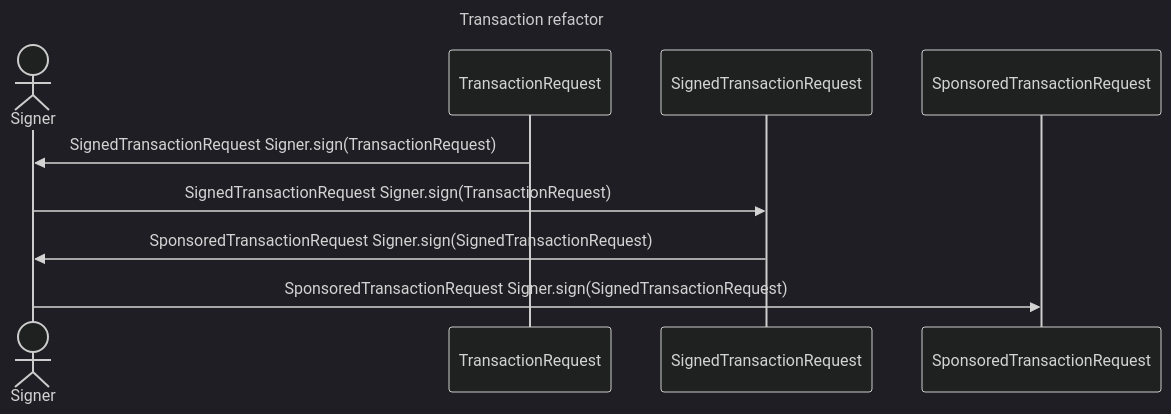
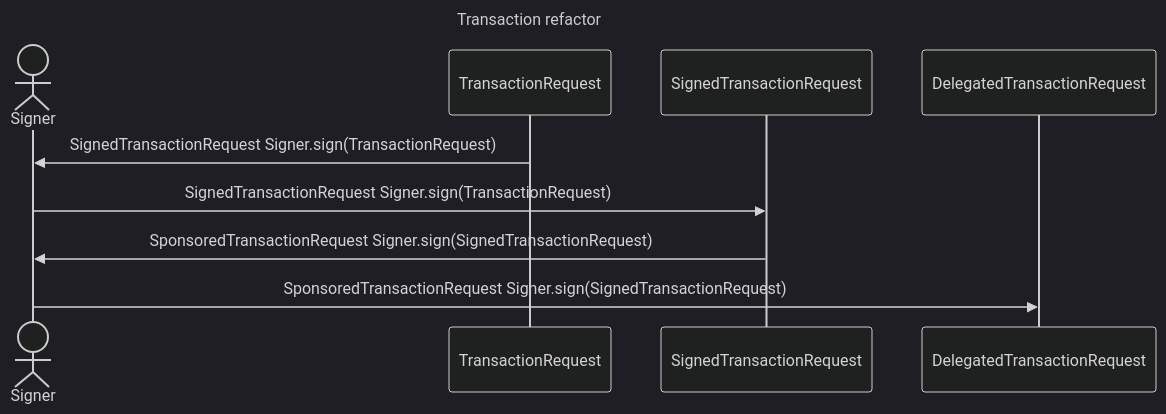
Before and after one commit to vechain/vechain-sdk-js: the diagram in docs/thorest/thor/model/refactor_sd.mmd, drawn with Mermaid (dark theme). The commit also changed 6 other files, not shown here.

```diff
--- a/docs/thorest/thor/model/refactor_sd.mmd
+++ b/docs/thorest/thor/model/refactor_sd.mmd
@@ -1,12 +1,12 @@
 ---
 title: Transaction refactor
 ---
 sequenceDiagram
     actor Signer
     participant TransactionRequest
     participant SignedTransactionRequest
-    participant SponsoredTransactionRequest
+    participant DelegatedTransactionRequest
     TransactionRequest->>Signer: SignedTransactionRequest Signer.sign(TransactionRequest)
     Signer->>SignedTransactionRequest: SignedTransactionRequest Signer.sign(TransactionRequest)
     SignedTransactionRequest->>Signer: SponsoredTransactionRequest Signer.sign(SignedTransactionRequest)
-    Signer->>SponsoredTransactionRequest: SponsoredTransactionRequest Signer.sign(SignedTransactionRequest)
+    Signer->>DelegatedTransactionRequest: SponsoredTransactionRequest Signer.sign(SignedTransactionRequest)
```
